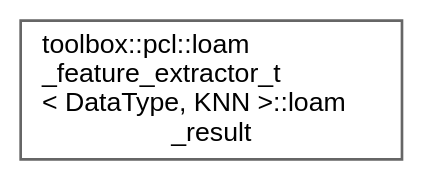
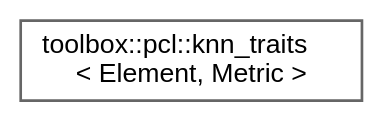
The diagram in inherit_graph_118.dot (nerdneilsfield/cpp-toolbox), drawn with Graphviz before and after one commit. The commit also changed 250 other files, not shown here.

```diff
--- a/inherit_graph_118.dot
+++ b/inherit_graph_118.dot
@@ -1,9 +1,9 @@
 digraph "Graphical Class Hierarchy"
 {
  // LATEX_PDF_SIZE
   bgcolor="transparent";
   edge [fontname=Helvetica,fontsize=10,labelfontname=Helvetica,labelfontsize=10];
   node [fontname=Helvetica,fontsize=10,shape=box,height=0.2,width=0.4];
   rankdir="LR";
-  Node0 [id="Node000000",label="toolbox::pcl::loam\l_feature_extractor_t\l\< DataType, KNN \>::loam\l_result",height=0.2,width=0.4,color="grey40", fillcolor="white", style="filled",URL="$structtoolbox_1_1pcl_1_1loam__feature__extractor__t_1_1loam__result.html",tooltip=" "];
+  Node0 [id="Node000000",label="toolbox::pcl::knn_traits\l\< Element, Metric \>",height=0.2,width=0.4,color="grey40", fillcolor="white", style="filled",URL="$structtoolbox_1_1pcl_1_1knn__traits.html",tooltip="KNN算法的特征定义 / KNN algorithm traits definition."];
 }
```
